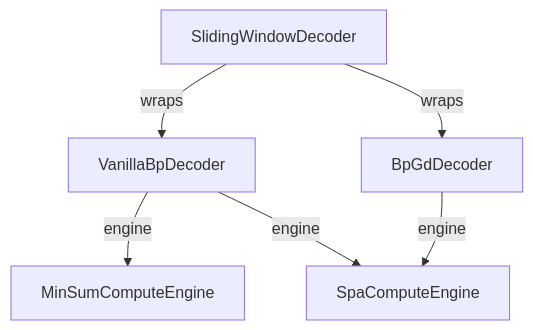
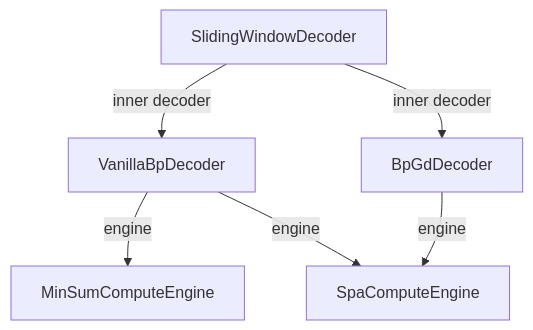
The diagram in README.md (antsouchlos/rust-qldpc-sliding-window-decoding), drawn with Mermaid before and after one commit. The commit also changed other lines of this file, not shown here.

````diff
--- a/README.md
+++ b/README.md
@@ -48,14 +48,14 @@
 ```mermaid
 flowchart TB
     SW[SlidingWindowDecoder]
     VD[VanillaBpDecoder]
     GD[BpGdDecoder]
     MS[MinSumComputeEngine]
     SPA[SpaComputeEngine]
 
-    SW -->|wraps| VD
-    SW -->|wraps| GD
+    SW -->|inner decoder| VD
+    SW -->|inner decoder| GD
     VD -->|engine| MS
     VD -->|engine| SPA
     GD -->|engine| SPA
 ```
````
